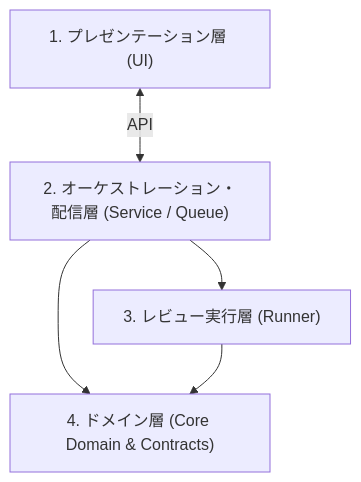
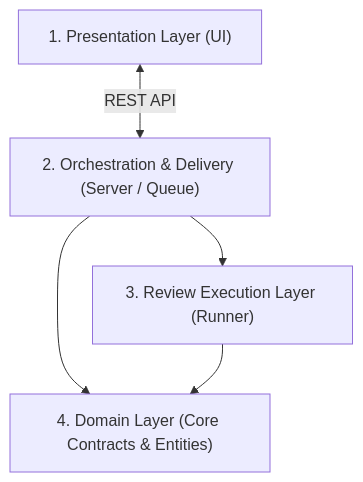
Before and after one commit to fuji44/kuramori: the second of 2 diagrams in docs/architecture.md, drawn with Mermaid. The commit also changed other lines of this file and 10 other files, not shown here.

Commit message:
docs: overhaul documentation architecture into progressive disclosure in English

````diff
--- a/docs/architecture.md
+++ b/docs/architecture.md
@@ -65,12 +59,12 @@
 ```mermaid
 flowchart TB
-    UI["1. プレゼンテーション層 (UI)"]
-    Orchestration["2. オーケストレーション・配信層 (Service / Queue)"]
-    Execution["3. レビュー実行層 (Runner)"]
-    Domain["4. ドメイン層 (Core Domain & Contracts)"]
+    UI["1. Presentation Layer (UI)"]
+    Orchestration["2. Orchestration & Delivery (Server / Queue)"]
+    Execution["3. Review Execution Layer (Runner)"]
+    Domain["4. Domain Layer (Core Contracts & Entities)"]
 
-    UI <-->|API| Orchestration
+    UI <-->|REST API| Orchestration
     Orchestration --> Execution
     Orchestration --> Domain
     Execution --> Domain
 ```
````
